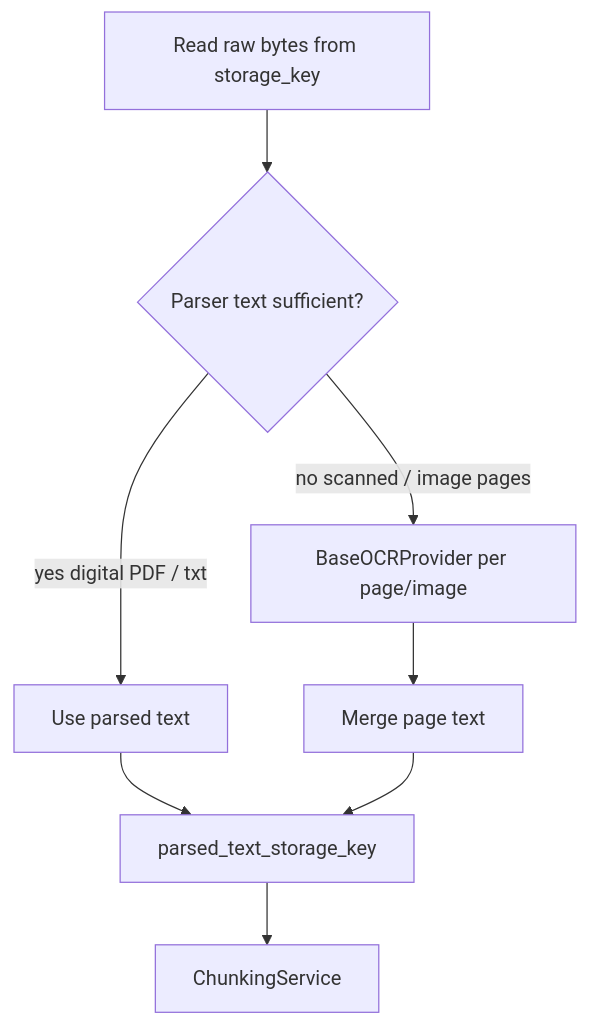
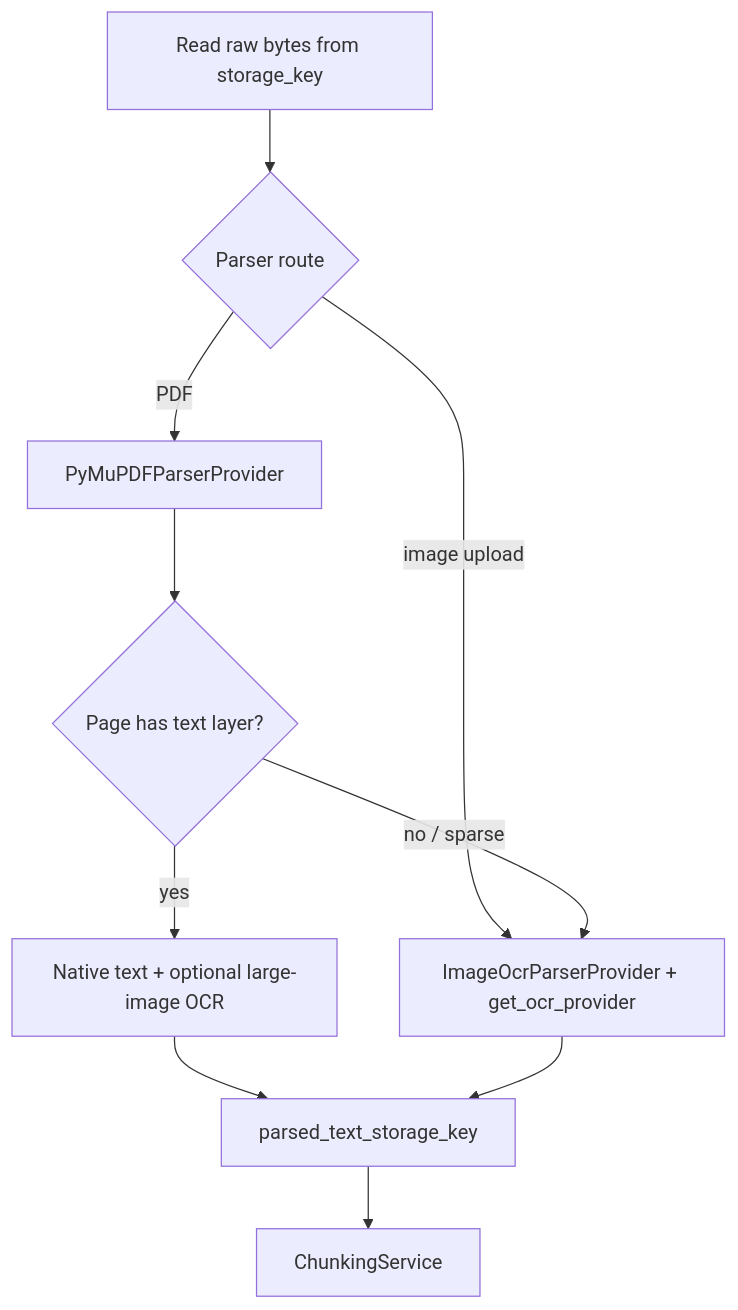
Before and after one commit to Jrahimin/rag-builder: the diagram in docs/learning/ocr-fundamentals.md, drawn with Mermaid. The commit also changed other lines of this file and 142 other files, not shown here.

````diff
--- a/docs/learning/ocr-fundamentals.md
+++ b/docs/learning/ocr-fundamentals.md
@@ -45,10 +109,12 @@
 ```mermaid
 flowchart TB
-    A[Read raw bytes from storage_key] --> B{Parser text sufficient?}
-    B -->|yes digital PDF / txt| C[Use parsed text]
-    B -->|no scanned / image pages| D[BaseOCRProvider per page/image]
-    D --> E[Merge page text]
-    C --> F[parsed_text_storage_key]
-    E --> F
-    F --> G[ChunkingService]
+    A[Read raw bytes from storage_key] --> B{Parser route}
+    B -->|image upload| C[ImageOcrParserProvider + get_ocr_provider]
+    B -->|PDF| D[PyMuPDFParserProvider]
+    D --> E{Page has text layer?}
+    E -->|yes| F[Native text + optional large-image OCR]
+    E -->|no / sparse| C
+    F --> G[parsed_text_storage_key]
+    C --> G
+    G --> H[ChunkingService]
 ```
````
